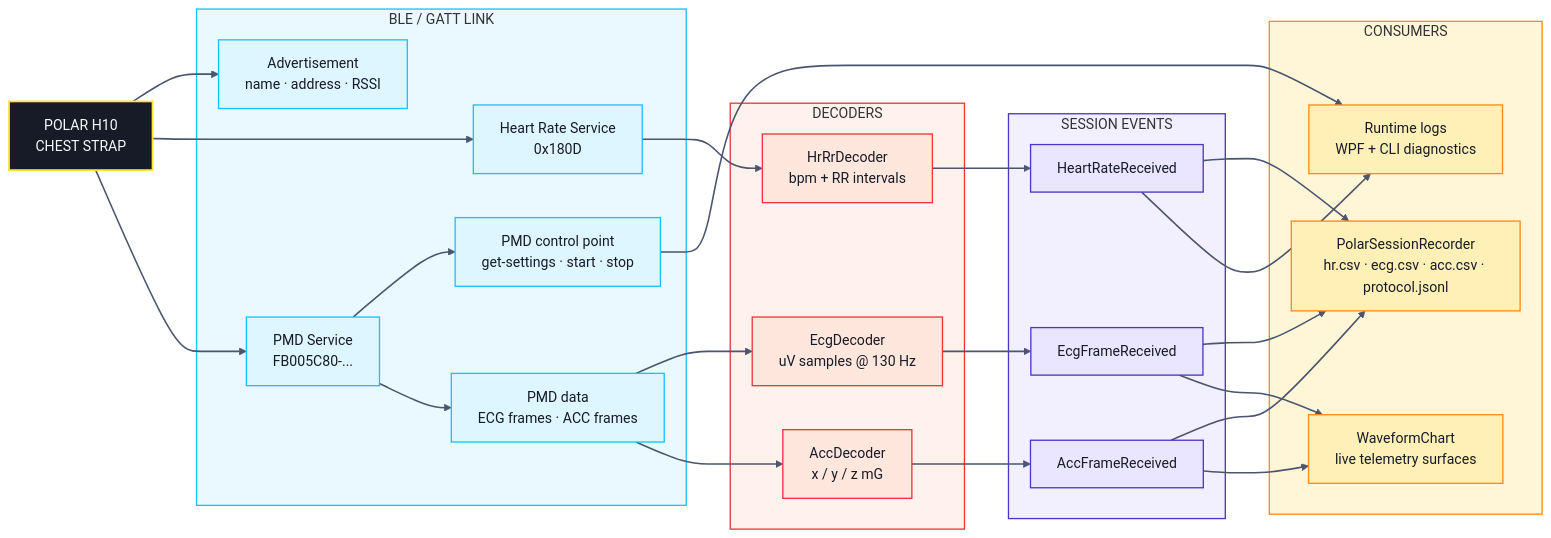
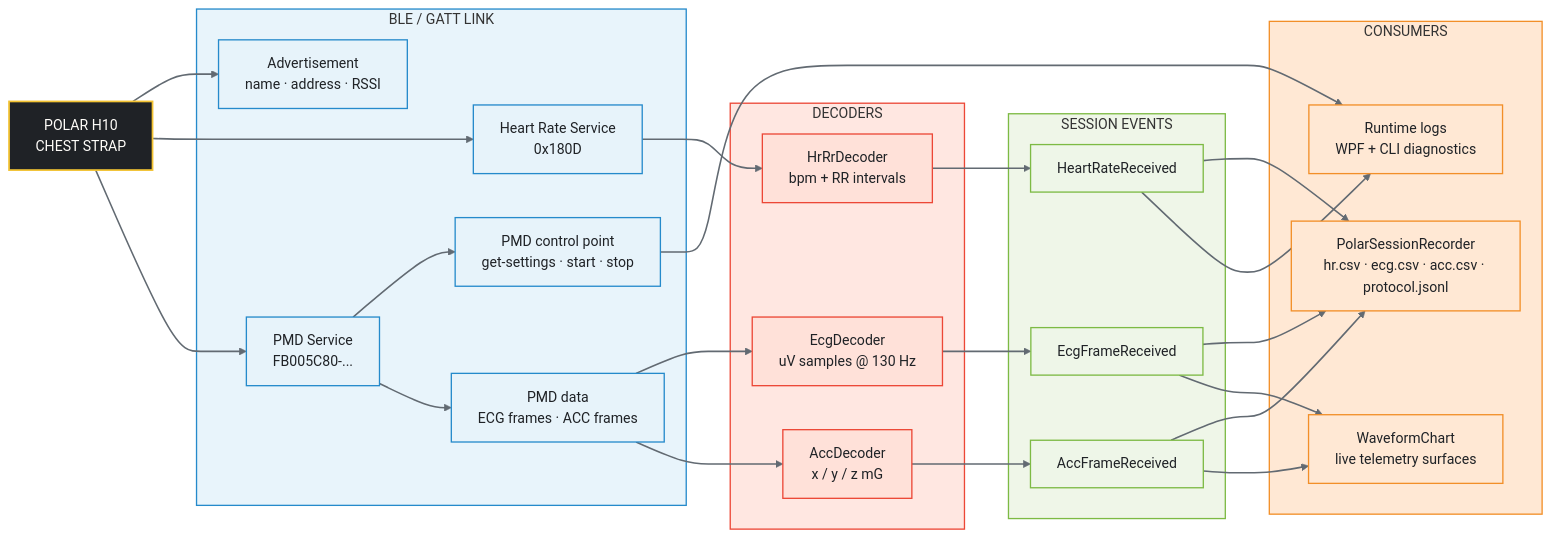
One commit to MesmerPrism/PolarH10 changed the third of 3 diagrams in README.md. Above: the diagram before and after it, drawn with Mermaid. The commit also changed other lines of this file and 90 other files, not shown here.

````diff
--- a/README.md
+++ b/README.md
@@ -186,65 +357,65 @@
 ```mermaid
 flowchart LR
     H10["POLAR H10<br/>CHEST STRAP"]
 
     subgraph Link["BLE / GATT LINK"]
         ADV["Advertisement<br/>name · address · RSSI"]
         HRS["Heart Rate Service<br/>0x180D"]
         PMD["PMD Service<br/>FB005C80-..."]
         CTRL["PMD control point<br/>get-settings · start · stop"]
         DATA["PMD data<br/>ECG frames · ACC frames"]
     end
 
     subgraph Decode["DECODERS"]
         DHR["HrRrDecoder<br/>bpm + RR intervals"]
         DECG["EcgDecoder<br/>uV samples @ 130 Hz"]
         DACC["AccDecoder<br/>x / y / z mG"]
     end
 
     subgraph Session["SESSION EVENTS"]
         SHR["HeartRateReceived"]
         SECG["EcgFrameReceived"]
         SACC["AccFrameReceived"]
     end
 
     subgraph Output["CONSUMERS"]
         REC["PolarSessionRecorder<br/>hr.csv · ecg.csv · acc.csv · protocol.jsonl"]
         CHART["WaveformChart<br/>live telemetry surfaces"]
         LOG["Runtime logs<br/>WPF + CLI diagnostics"]
     end
 
     H10 --> ADV
     H10 --> HRS
     H10 --> PMD
     PMD --> CTRL
     PMD --> DATA
 
     HRS --> DHR --> SHR
     DATA --> DECG --> SECG
     DATA --> DACC --> SACC
 
     SHR --> REC
     SECG --> REC
     SACC --> REC
     SHR --> LOG
     SECG --> CHART
     SACC --> CHART
     CTRL --> LOG
 
-    style Link fill:#EAF8FF,stroke:#18C2FF,stroke-width:1.5px;
-    style Decode fill:#FFF1EB,stroke:#F0343C,stroke-width:1.5px;
-    style Session fill:#F2EFFF,stroke:#4E35C5,stroke-width:1.5px;
-    style Output fill:#FFF6D8,stroke:#FF8A1A,stroke-width:1.5px;
+    style Link fill:#E8F4FB,stroke:#258ACB,stroke-width:1.5px;
+    style Decode fill:#FFE7E1,stroke:#EC4736,stroke-width:1.5px;
+    style Session fill:#EFF6E8,stroke:#7DBA44,stroke-width:1.5px;
+    style Output fill:#FFE8D4,stroke:#F28F28,stroke-width:1.5px;
 
-    classDef hardware fill:#171B27,stroke:#FFE22B,color:#F7FBFC,stroke-width:2px;
-    classDef link fill:#DDF6FF,stroke:#18C2FF,color:#171B27,stroke-width:1.5px;
-    classDef decode fill:#FFE7DD,stroke:#F0343C,color:#171B27,stroke-width:1.5px;
-    classDef session fill:#EAE6FF,stroke:#4E35C5,color:#171B27,stroke-width:1.5px;
-    classDef output fill:#FFF0B8,stroke:#FF8A1A,color:#171B27,stroke-width:1.5px;
+    classDef hardware fill:#1F2226,stroke:#F3C333,color:#FFFDF9,stroke-width:2px;
+    classDef link fill:#E7F3FA,stroke:#258ACB,color:#1F2226,stroke-width:1.5px;
+    classDef decode fill:#FFE1D9,stroke:#EC4736,color:#1F2226,stroke-width:1.5px;
+    classDef session fill:#EEF6E8,stroke:#7DBA44,color:#1F2226,stroke-width:1.5px;
+    classDef output fill:#FFE8D4,stroke:#F28F28,color:#1F2226,stroke-width:1.5px;
     class H10 hardware;
     class ADV,HRS,PMD,CTRL,DATA link;
     class DHR,DECG,DACC decode;
     class SHR,SECG,SACC session;
     class REC,CHART,LOG output;
-    linkStyle default stroke:#4B556D,stroke-width:1.8px;
+    linkStyle default stroke:#626A72,stroke-width:1.8px;
 ```
````
